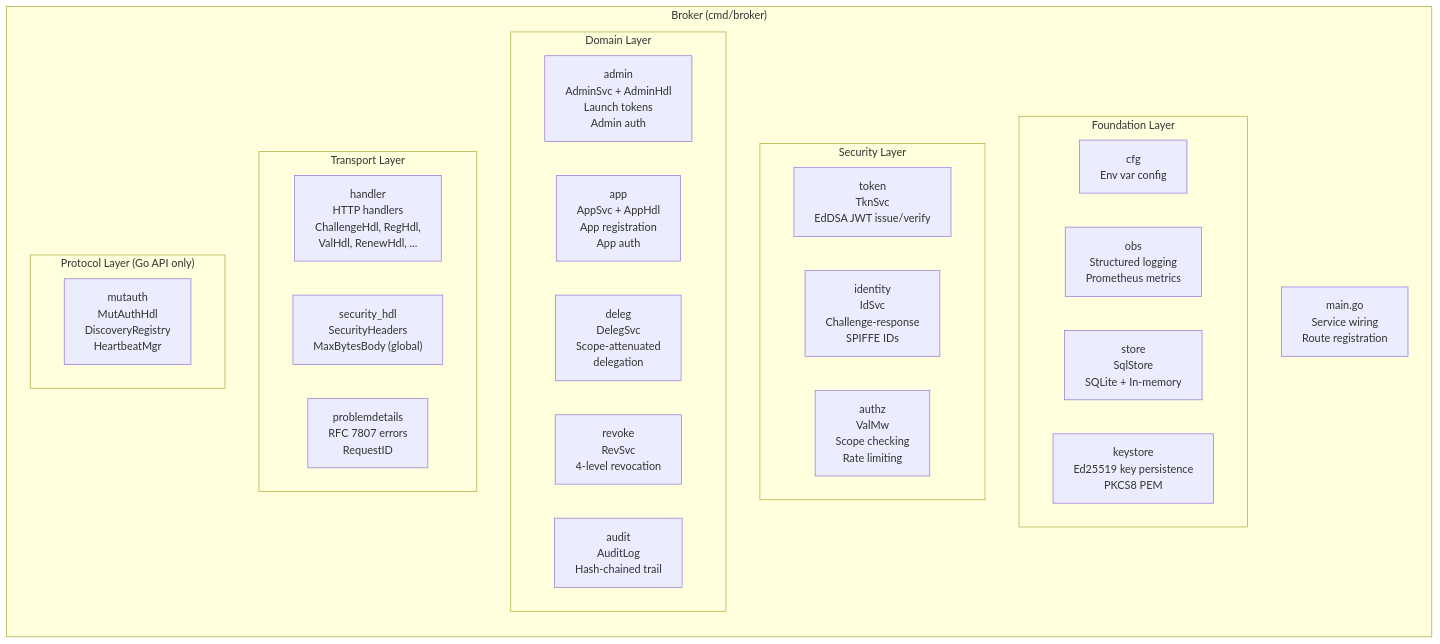
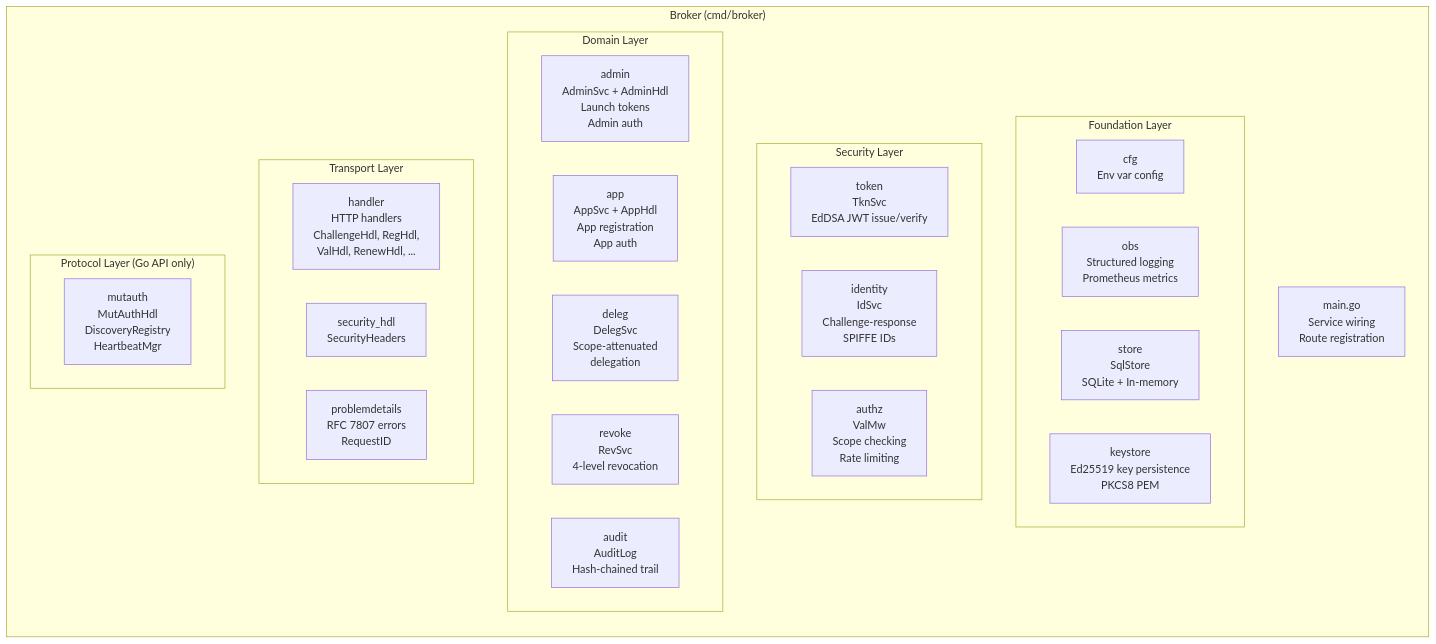
The second of 7 diagrams in docs/architecture.md (devonartis/agentwrit), drawn with Mermaid before and after one commit. The commit also changed other lines of this file and 2 other files, not shown here.

First line of the commit message:
fix(docs): correct middleware ordering and MaxBytesBody file attribution

````diff
--- a/docs/architecture.md
+++ b/docs/architecture.md
@@ -58,39 +58,39 @@
 ```mermaid
 flowchart TB
     subgraph Broker["Broker (cmd/broker)"]
         direction TB
         MAIN_B["main.go\nService wiring\nRoute registration"]
 
         subgraph Foundation["Foundation Layer"]
             CFG["cfg\nEnv var config"]
             OBS["obs\nStructured logging\nPrometheus metrics"]
             STORE["store\nSqlStore\nSQLite + In-memory"]
             KEYSTORE["keystore\nEd25519 key persistence\nPKCS8 PEM"]
         end
 
         subgraph Security["Security Layer"]
             TOKEN["token\nTknSvc\nEdDSA JWT issue/verify"]
             IDENTITY["identity\nIdSvc\nChallenge-response\nSPIFFE IDs"]
             AUTHZ["authz\nValMw\nScope checking\nRate limiting"]
         end
 
         subgraph Domain["Domain Layer"]
             ADMIN_PKG["admin\nAdminSvc + AdminHdl\nLaunch tokens\nAdmin auth"]
             APP_PKG["app\nAppSvc + AppHdl\nApp registration\nApp auth"]
             DELEG["deleg\nDelegSvc\nScope-attenuated\ndelegation"]
             REVOKE["revoke\nRevSvc\n4-level revocation"]
             AUDIT["audit\nAuditLog\nHash-chained trail"]
         end
 
         subgraph Transport["Transport Layer"]
             HANDLER["handler\nHTTP handlers\nChallengeHdl, RegHdl,\nValHdl, RenewHdl, ..."]
-            SECHDL["security_hdl\nSecurityHeaders\nMaxBytesBody (global)"]
+            SECHDL["security_hdl\nSecurityHeaders"]
             PD["problemdetails\nRFC 7807 errors\nRequestID"]
         end
 
         subgraph Protocol["Protocol Layer (Go API only)"]
             MUTAUTH["mutauth\nMutAuthHdl\nDiscoveryRegistry\nHeartbeatMgr"]
         end
     end
 
 ```
````
